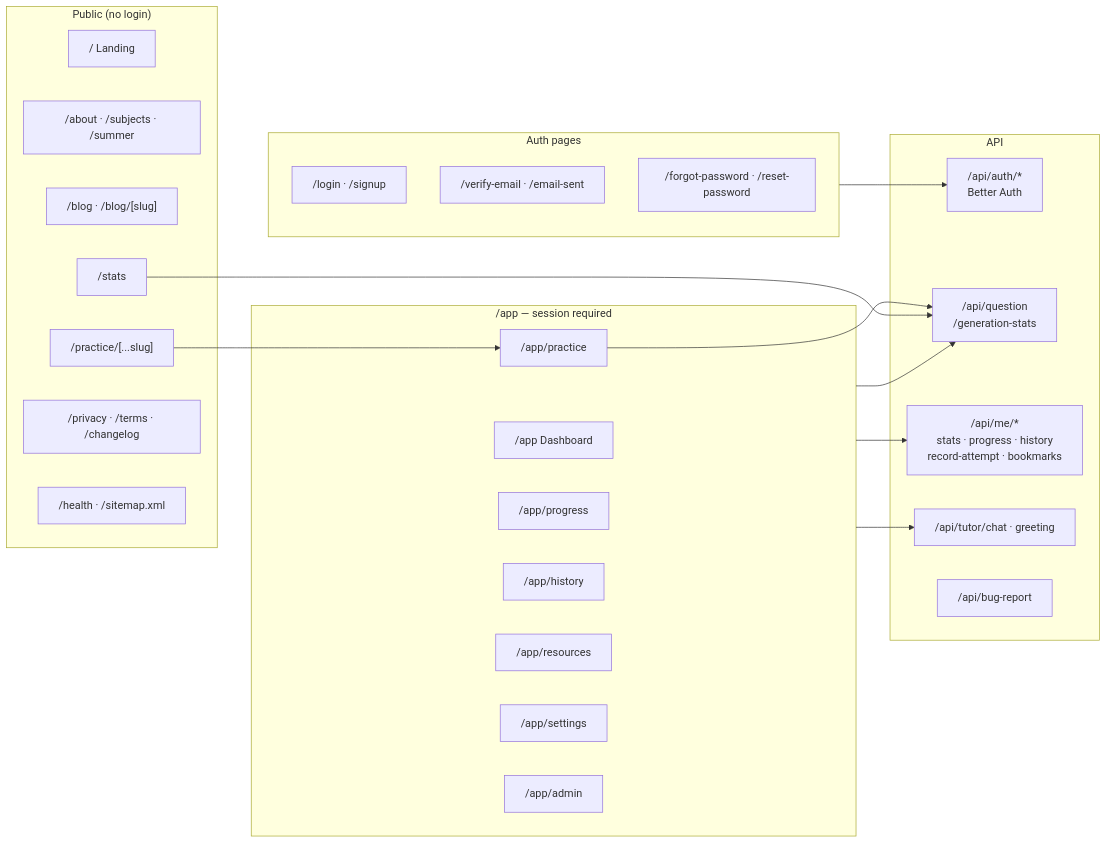
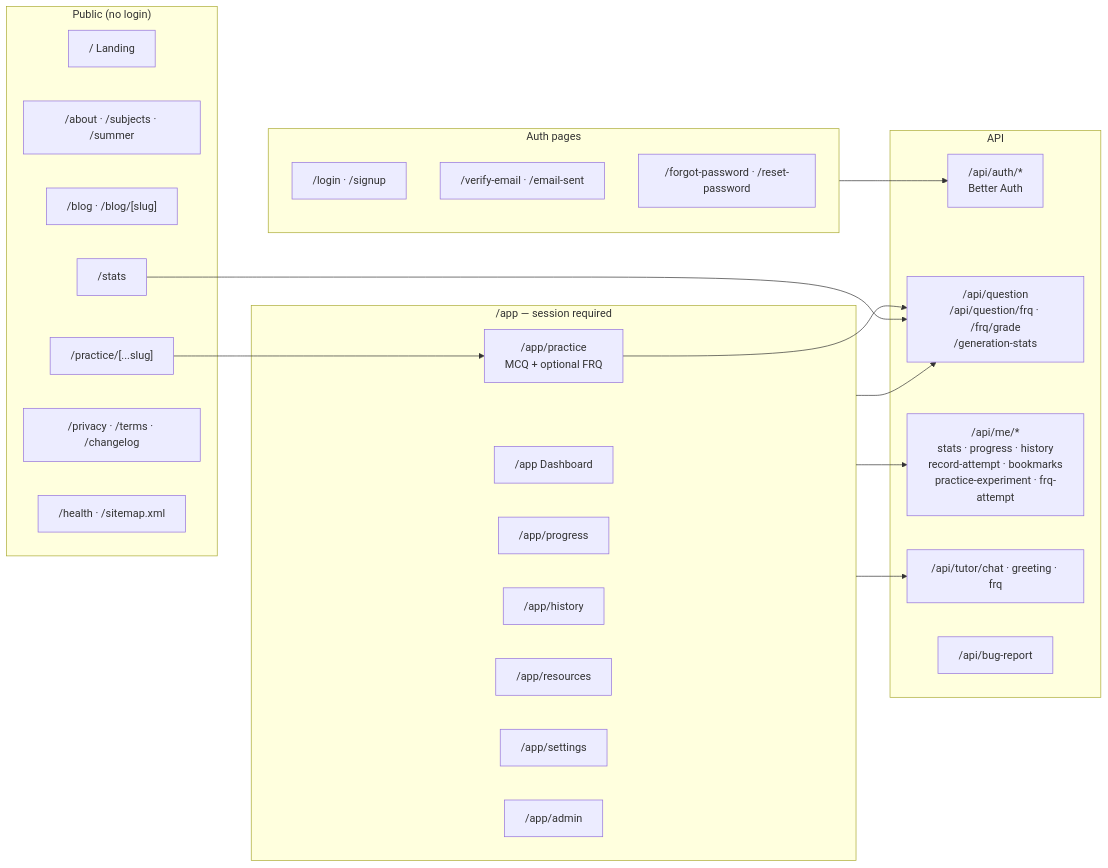
Before and after one commit to 5cisummai/freeappractice: the third of 7 diagrams in docs/architecture.md, drawn with Mermaid. The commit also changed other lines of this file, not shown here.

Commit message:
Update architecture docs for FRQ, PracticeShell, and lib cleanup.

````diff
--- a/docs/architecture.md
+++ b/docs/architecture.md
@@ -102,44 +114,44 @@
 ```mermaid
 flowchart LR
     subgraph Public["Public (no login)"]
         P1["/ Landing"]
         P2["/about · /subjects · /summer"]
         P3["/blog · /blog/[slug]"]
         P4["/stats"]
         P5["/practice/[...slug]"]
         P6["/privacy · /terms · /changelog"]
         P7["/health · /sitemap.xml"]
     end
 
     subgraph AuthPages["Auth pages"]
         A1["/login · /signup"]
         A2["/verify-email · /email-sent"]
         A3["/forgot-password · /reset-password"]
     end
 
     subgraph App["/app — session required"]
         D["/app Dashboard"]
-        PR["/app/practice"]
+        PR["/app/practice<br/>MCQ + optional FRQ"]
         PG["/app/progress"]
         HI["/app/history"]
         RS["/app/resources"]
         ST["/app/settings"]
         AD["/app/admin"]
     end
 
     subgraph API["API"]
         AUTH["/api/auth/*<br/>Better Auth"]
-        Q["/api/question<br/>/generation-stats"]
-        ME["/api/me/*<br/>stats · progress · history<br/>record-attempt · bookmarks"]
-        T["/api/tutor/chat · greeting"]
+        Q["/api/question<br/>/api/question/frq · /frq/grade<br/>/generation-stats"]
+        ME["/api/me/*<br/>stats · progress · history<br/>record-attempt · bookmarks<br/>practice-experiment · frq-attempt"]
+        T["/api/tutor/chat · greeting · frq"]
         BR["/api/bug-report"]
     end
 
     AuthPages --> AUTH
     App --> ME
     App --> Q
     App --> T
     PR --> Q
     P4 --> Q
     P5 --> PR
 ```
````
